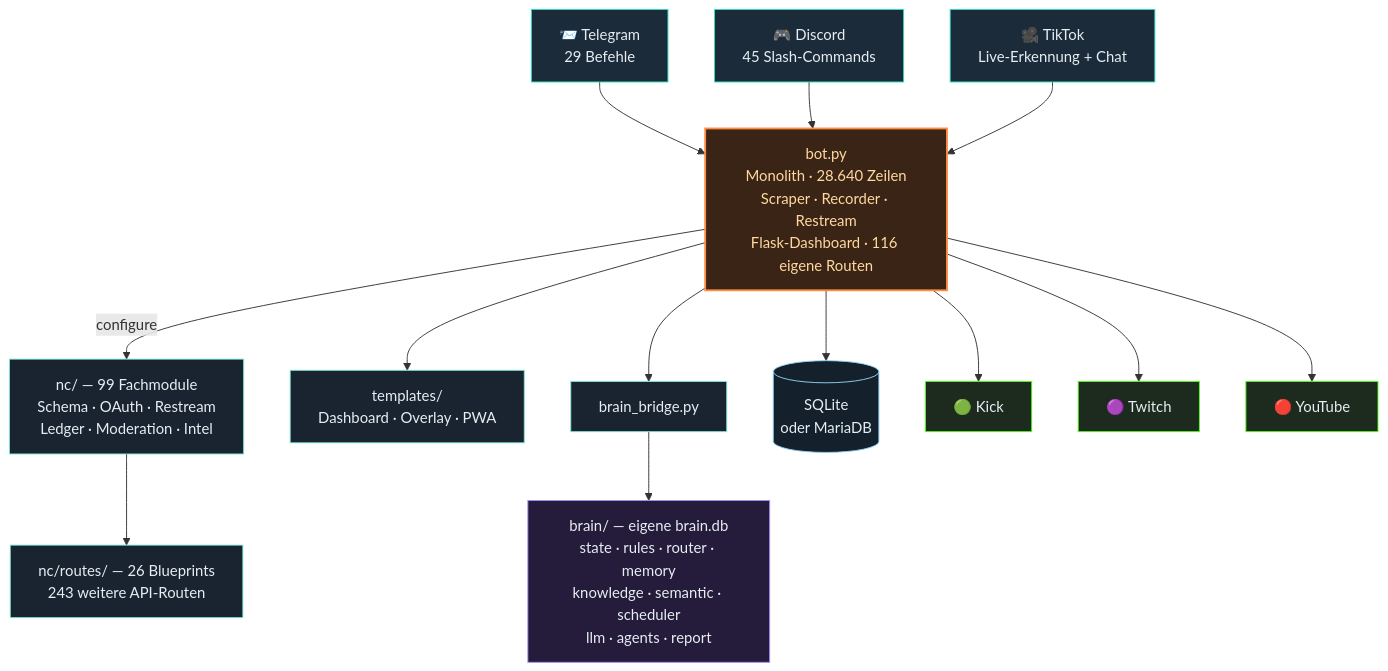
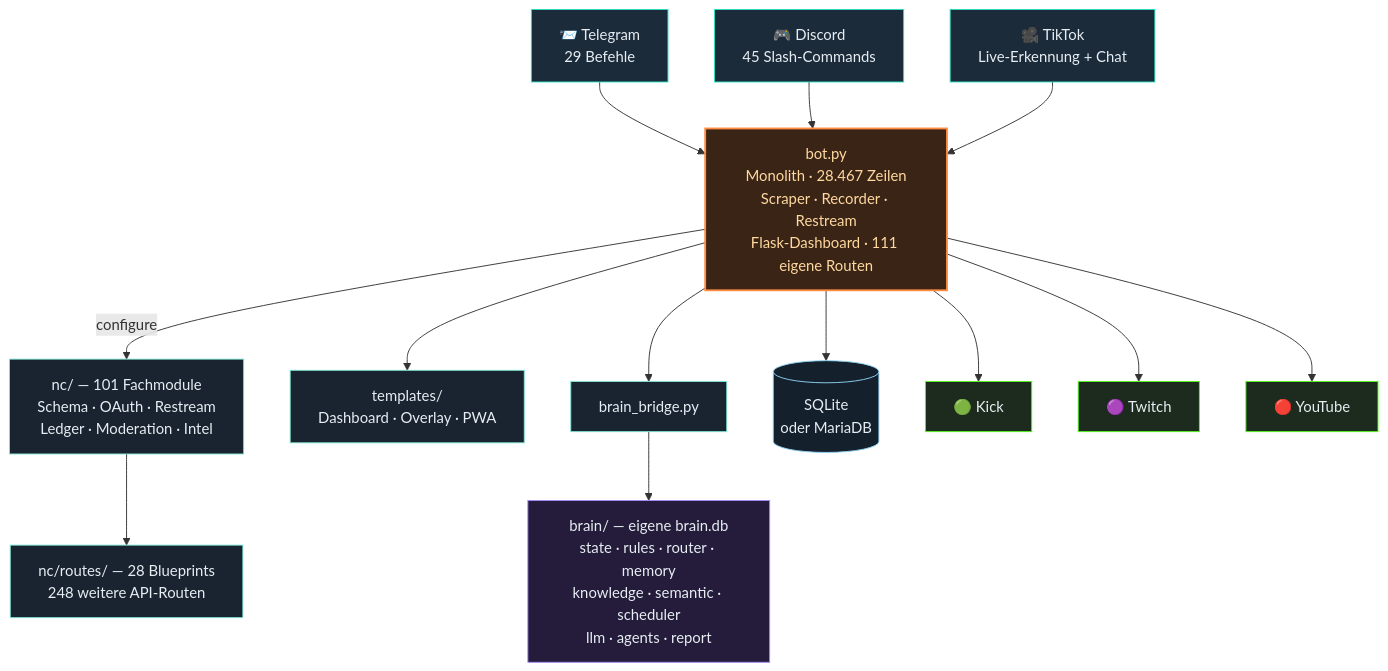
One commit to itsamemedev/Telegram-Stream-Info-Bot changed the third of 4 diagrams in README.md. Above: the diagram before and after it, drawn with Mermaid. The commit also changed other lines of this file and 39 other files, not shown here.

````diff
--- a/README.md
+++ b/README.md
@@ -189,30 +189,30 @@
 ```mermaid
 flowchart TB
     TG["📨 Telegram<br/>29 Befehle"]:::ein
     DC["🎮 Discord<br/>45 Slash-Commands"]:::ein
     TT["🎥 TikTok<br/>Live-Erkennung + Chat"]:::ein
 
     TG --> BOT
     DC --> BOT
     TT --> BOT
 
-    BOT["bot.py<br/>Monolith · 28.640 Zeilen<br/>Scraper · Recorder · Restream<br/>Flask-Dashboard · 116 eigene Routen"]:::core
+    BOT["bot.py<br/>Monolith · 28.467 Zeilen<br/>Scraper · Recorder · Restream<br/>Flask-Dashboard · 111 eigene Routen"]:::core
 
-    BOT -->|configure| NC["nc/ — 99 Fachmodule<br/>Schema · OAuth · Restream<br/>Ledger · Moderation · Intel"]:::lib
-    NC --> RT["nc/routes/ — 26 Blueprints<br/>243 weitere API-Routen"]:::lib
+    BOT -->|configure| NC["nc/ — 101 Fachmodule<br/>Schema · OAuth · Restream<br/>Ledger · Moderation · Intel"]:::lib
+    NC --> RT["nc/routes/ — 28 Blueprints<br/>248 weitere API-Routen"]:::lib
     BOT --> TPL["templates/<br/>Dashboard · Overlay · PWA"]:::lib
     BOT --> BR["brain_bridge.py"]:::lib
     BR --> BRAIN["brain/ — eigene brain.db<br/>state · rules · router · memory<br/>knowledge · semantic · scheduler<br/>llm · agents · report"]:::brain
     BOT --> DB[("SQLite<br/>oder MariaDB")]:::db
 
     BOT --> KICK["🟢 Kick"]:::out
     BOT --> TW["🟣 Twitch"]:::out
     BOT --> YT["🔴 YouTube"]:::out
 
     classDef ein fill:#1c2b3a,stroke:#2de1c2,color:#e6edf3
     classDef core fill:#3a2415,stroke:#ff8c42,stroke-width:2px,color:#ffd9a0
     classDef lib fill:#1a2430,stroke:#7fe7d4,color:#e6edf3
     classDef brain fill:#241c3a,stroke:#a78bfa,color:#e6edf3
     classDef db fill:#14202c,stroke:#8fd3f4,color:#e6edf3
     classDef out fill:#1c2b1e,stroke:#53fc18,color:#e6edf3
 ```
````
